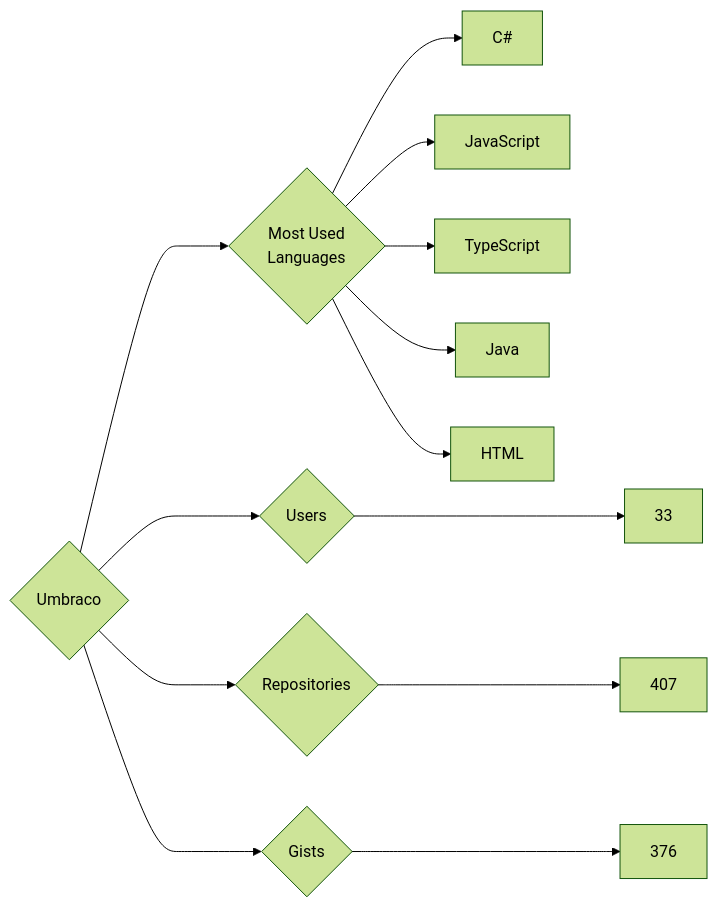
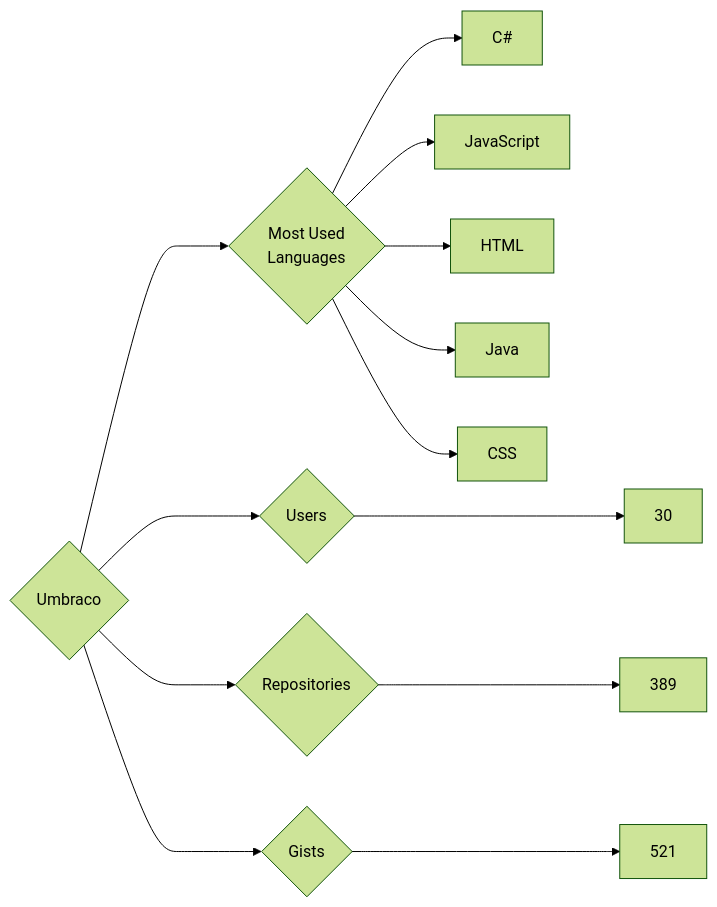
The diagram in targets/Umbraco/README.md (trickest/insiders), drawn with Mermaid (forest theme) before and after one commit. The commit also changed 940 other files, not shown here.

````diff
--- a/targets/Umbraco/README.md
+++ b/targets/Umbraco/README.md
@@ -3,13 +3,13 @@
 ```mermaid
 graph LR
 COMPANY_NAME{Umbraco}
-COMPANY_NAME ---> U{Users} ---> UN[33]
-COMPANY_NAME ---> R{Repositories} ---> RN[407]
-COMPANY_NAME ---> G{Gists} ---> GN[376]
+COMPANY_NAME ---> U{Users} ---> UN[30]
+COMPANY_NAME ---> R{Repositories} ---> RN[389]
+COMPANY_NAME ---> G{Gists} ---> GN[521]
 COMPANY_NAME ---> ML{Most Used<br>Languages}
 ML --> C#[C#]
 ML --> JavaScript[JavaScript]
-ML --> TypeScript[TypeScript]
+ML --> HTML[HTML]
 ML --> Java[Java]
-ML --> HTML[HTML]
+ML --> CSS[CSS]
 ```
````
